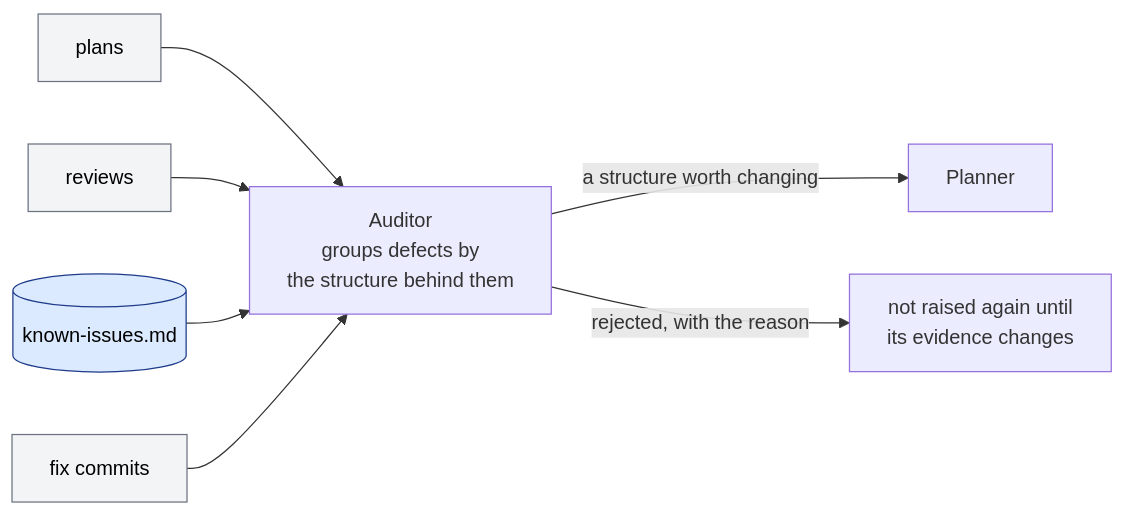
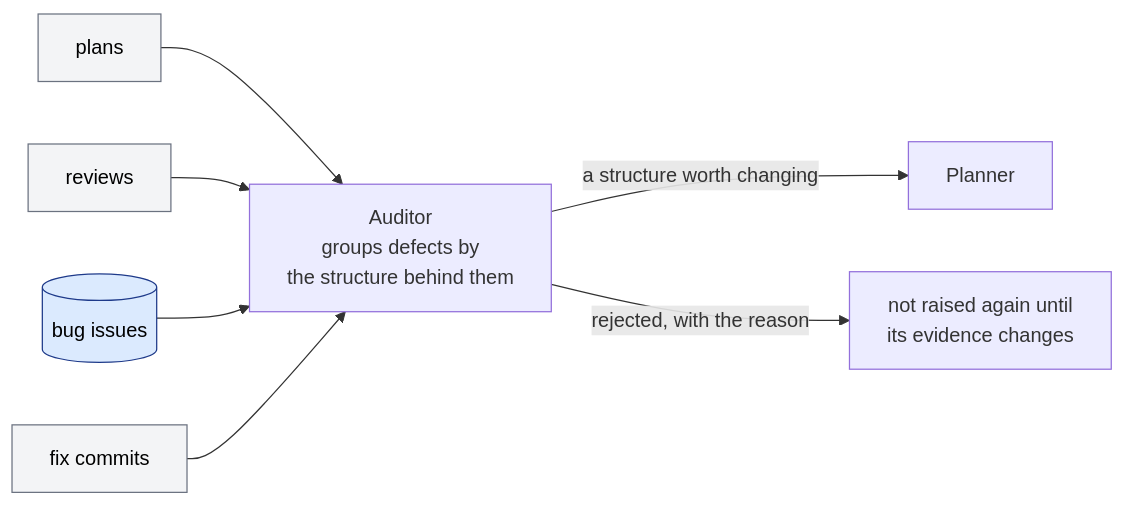
Before and after one commit to kkestell/ox: the fifth of 5 diagrams in .claude/skills/README.md, drawn with Mermaid. The commit also changed other lines of this file and 22 other files, not shown here.

````diff
--- a/.claude/skills/README.md
+++ b/.claude/skills/README.md
@@ -116,11 +117,11 @@
 ```mermaid
 flowchart LR
-    PL["plans"] & RV["reviews"] & KI[("known-issues.md")] & Git["fix commits"] --> Audit["Auditor<br/>groups defects by<br/>the structure behind them"]
+    PL["plans"] & RV["reviews"] & KI[("bug issues")] & Git["fix commits"] --> Audit["Auditor<br/>groups defects by<br/>the structure behind them"]
     Audit -- "a structure worth changing" --> Plan["Planner"]
     Audit -- "rejected, with the reason" --> Kept["not raised again until<br/>its evidence changes"]
 
     classDef doc fill:#dbeafe,stroke:#1e3a8a,color:#000
     classDef work fill:#f3f4f6,stroke:#6b7280,color:#000
     class KI doc
     class PL,RV,Git work
 ```
````
